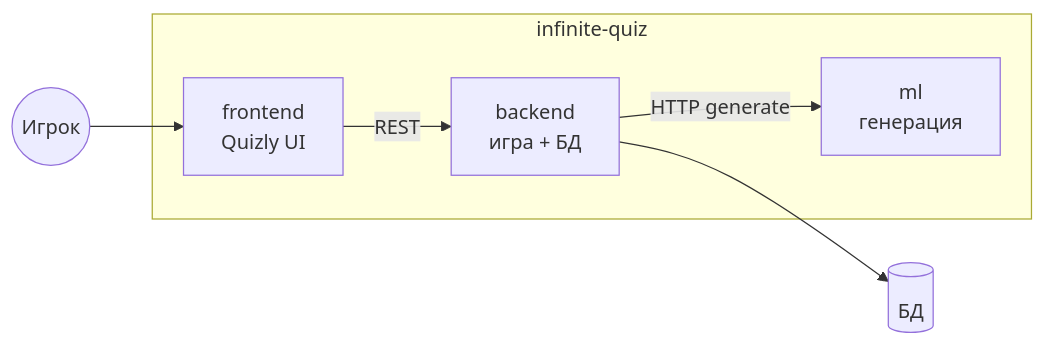
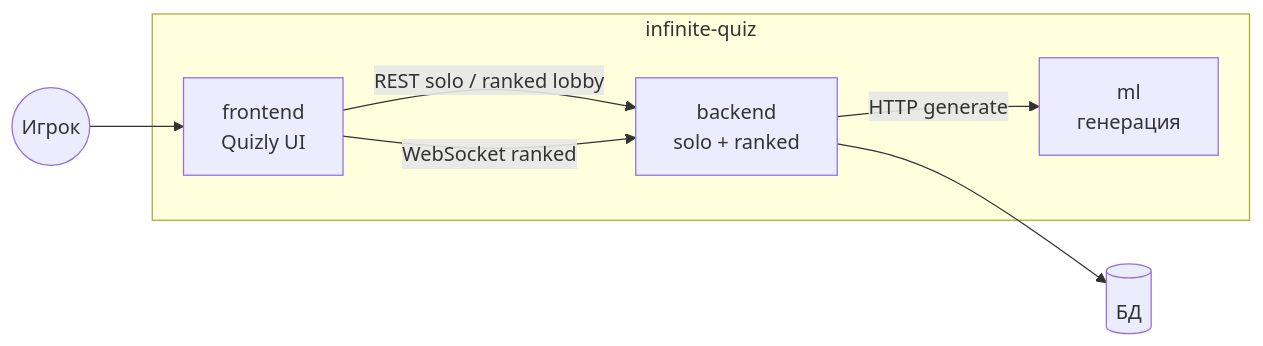
One commit to infinite-quiz/backend changed the first of 4 diagrams in docs/system-overview.md. Above: the diagram before and after it, drawn with Mermaid. The commit also changed other lines of this file and 3 other files, not shown here.

Commit message:
Update docs for solo REST and ranked WebSocket

````diff
--- a/docs/system-overview.md
+++ b/docs/system-overview.md
@@ -7,13 +9,14 @@
 ```mermaid
 flowchart LR
   subgraph Org["infinite-quiz"]
     FE["frontend<br/>Quizly UI"]
-    BE["backend<br/>игра + БД"]
+    BE["backend<br/>solo + ranked"]
     ML["ml<br/>генерация"]
   end
 
   User((Игрок)) --> FE
-  FE -->|REST| BE
+  FE -->|REST solo / ranked lobby| BE
+  FE -->|WebSocket ranked| BE
   BE -->|HTTP generate| ML
   BE --> DB[(БД)]
 ```
````
